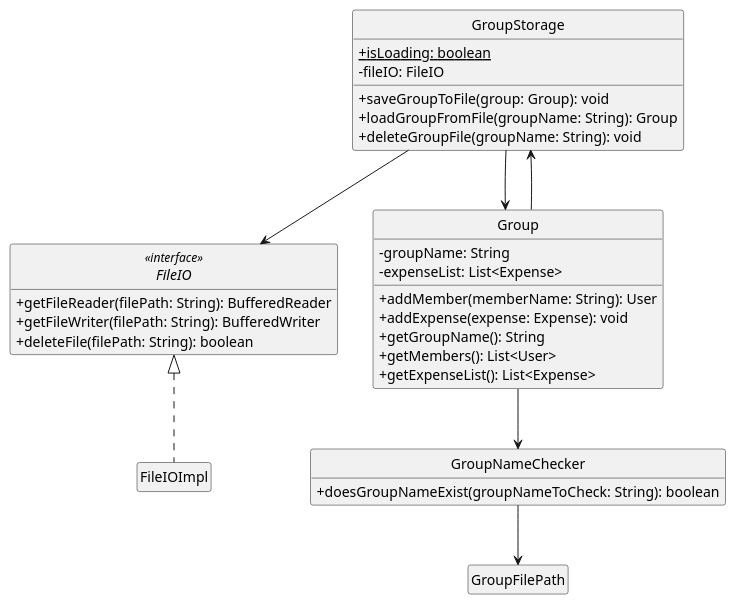
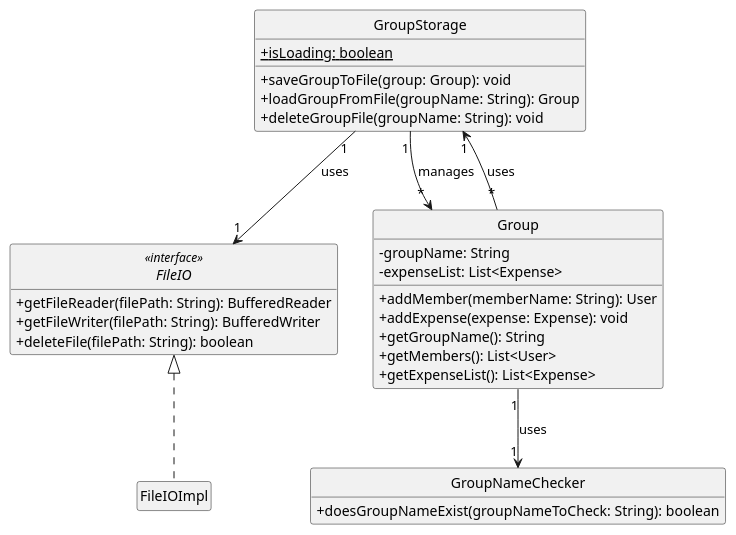
Before and after one commit to mukund1403/tp: the diagram in docs/diagrams/GroupStorageClassDiagram.puml, drawn with PlantUML. The commit also changed 5 other files, not shown here.

```diff
--- a/docs/diagrams/GroupStorageClassDiagram.puml
+++ b/docs/diagrams/GroupStorageClassDiagram.puml
@@ -1,42 +1,40 @@
 @startuml
 hide circle
 hide empty members
 skinparam classAttributeIconSize 0
 
 class GroupStorage {
   + isLoading: boolean {static}
-  - fileIO: FileIO
   + saveGroupToFile(group: Group): void
   + loadGroupFromFile(groupName: String): Group
   + deleteGroupFile(groupName: String): void
 }
 
 interface FileIO<<interface>> {
   + getFileReader(filePath: String): BufferedReader
   + getFileWriter(filePath: String): BufferedWriter
   + deleteFile(filePath: String): boolean
 }
 
 class FileIOImpl implements FileIO {
 }
 
 class Group {
   - groupName: String
   - expenseList: List<Expense>
   + addMember(memberName: String): User
   + addExpense(expense: Expense): void
   + getGroupName(): String
   + getMembers(): List<User>
   + getExpenseList(): List<Expense>
 }
 
 class GroupNameChecker {
   + doesGroupNameExist(groupNameToCheck: String): boolean
 }
 
-GroupStorage --> FileIO
-GroupStorage --> Group
-Group --> GroupNameChecker
-Group --> GroupStorage
-GroupNameChecker --> GroupFilePath
+GroupStorage "1" --> "1" FileIO : uses
+GroupStorage "1" --> "*" Group : manages
+Group "1" --> "1" GroupNameChecker : uses
+Group "*" --> "1" GroupStorage : uses
 @enduml
```
